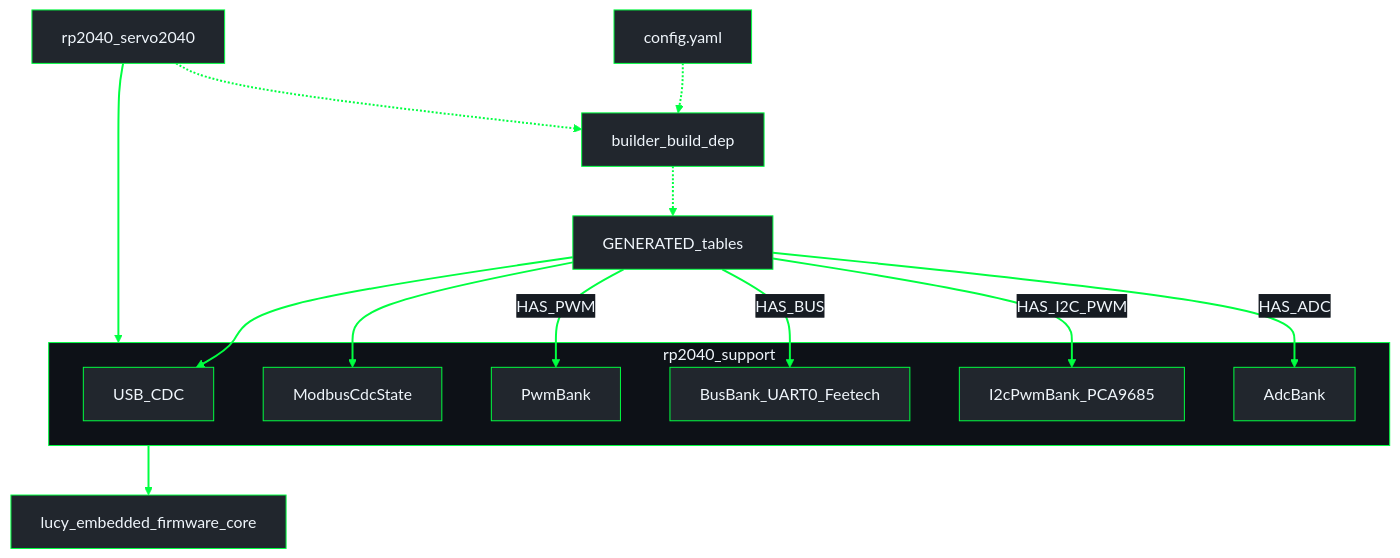
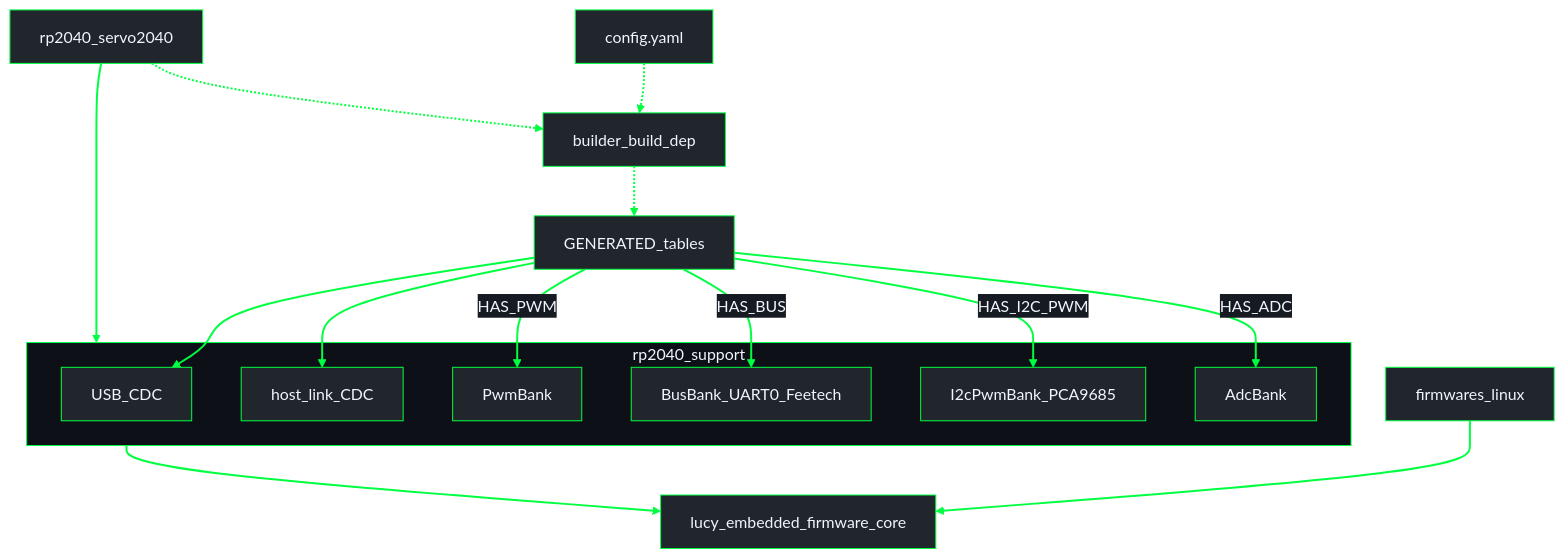
One commit to Lucy-Robotics/lucy_embedded_firmware changed the second of 3 diagrams in docs/architecture/firmware.md. Above: the diagram before and after it, drawn with Mermaid. The commit also changed other lines of this file and 1 other file, not shown here.

Commit message:
evol(architecture): document f64 SHM path only

````diff
--- a/docs/architecture/firmware.md
+++ b/docs/architecture/firmware.md
@@ -72,25 +46,26 @@
 ```mermaid
 %%{init: {"theme": "base", "themeVariables": {"darkMode": true, "background": "#0d1117", "mainBkg": "#21262d", "primaryColor": "#21262d", "primaryTextColor": "#f0f6fc", "primaryBorderColor": "#00FF41", "secondaryColor": "#161b22", "secondaryTextColor": "#f0f6fc", "secondaryBorderColor": "#00FF41", "tertiaryColor": "#161b22", "tertiaryTextColor": "#f0f6fc", "tertiaryBorderColor": "#00FF41", "lineColor": "#00FF41", "textColor": "#f0f6fc", "nodeTextColor": "#f0f6fc", "edgeLabelBackground": "#161b22", "clusterBkg": "#0d1117", "clusterBorder": "#00FF41", "titleColor": "#f0f6fc"}}}%%
 flowchart TB
   YAML["config.yaml"] -.-> Builder["builder_build_dep"]
   Builder -.-> Cfg["GENERATED_tables"]
   subgraph support ["rp2040_support"]
     USB["USB_CDC"]
-    Modbus["ModbusCdcState"]
+    Link["host_link_CDC"]
     PWM["PwmBank"]
     UartBus["BusBank_UART0_Feetech"]
     I2C["I2cPwmBank_PCA9685"]
     ADC["AdcBank"]
   end
   Cfg --> USB
-  Cfg --> Modbus
+  Cfg --> Link
   Cfg -->|"HAS_PWM"| PWM
   Cfg -->|"HAS_BUS"| UartBus
   Cfg -->|"HAS_I2C_PWM"| I2C
   Cfg -->|"HAS_ADC"| ADC
   Core["lucy_embedded_firmware_core"]
   support --> Core
   S2040["rp2040_servo2040"] --> support
   S2040 -.-> Builder
+  Linux["firmwares_linux"] --> Core
   linkStyle default stroke:#00FF41,stroke-width:2px
 ```
````
